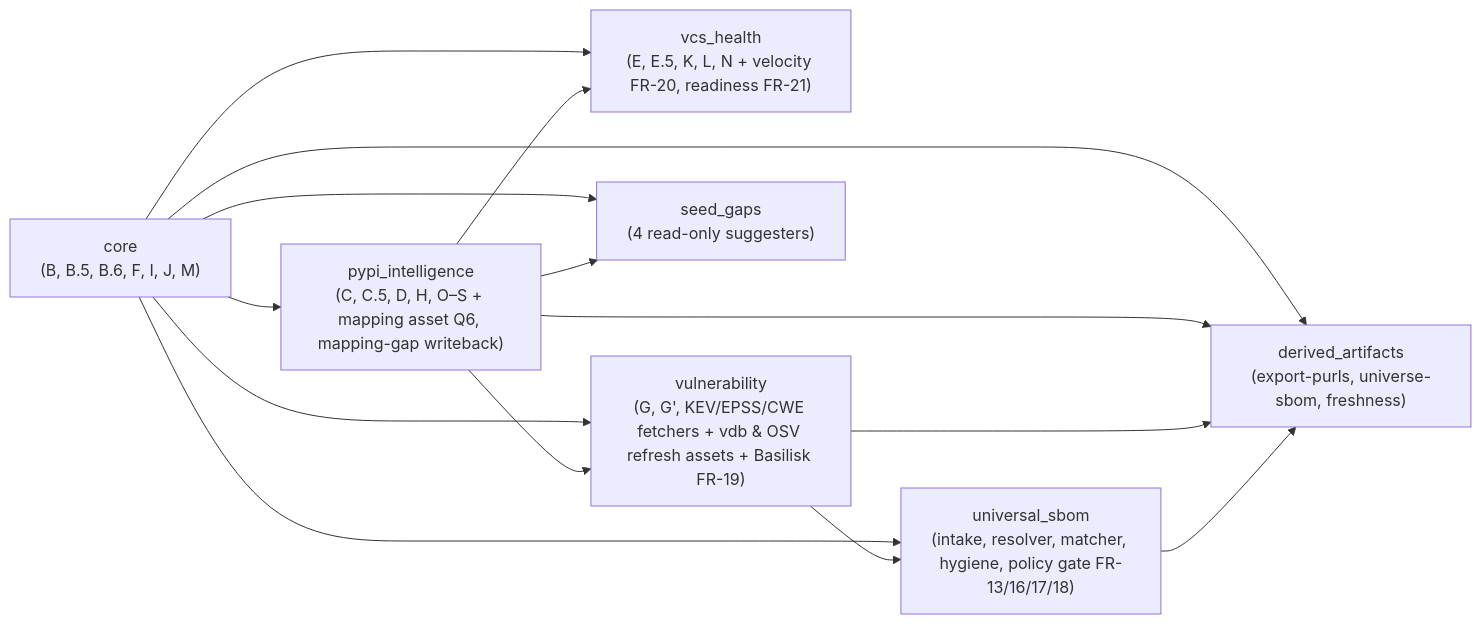
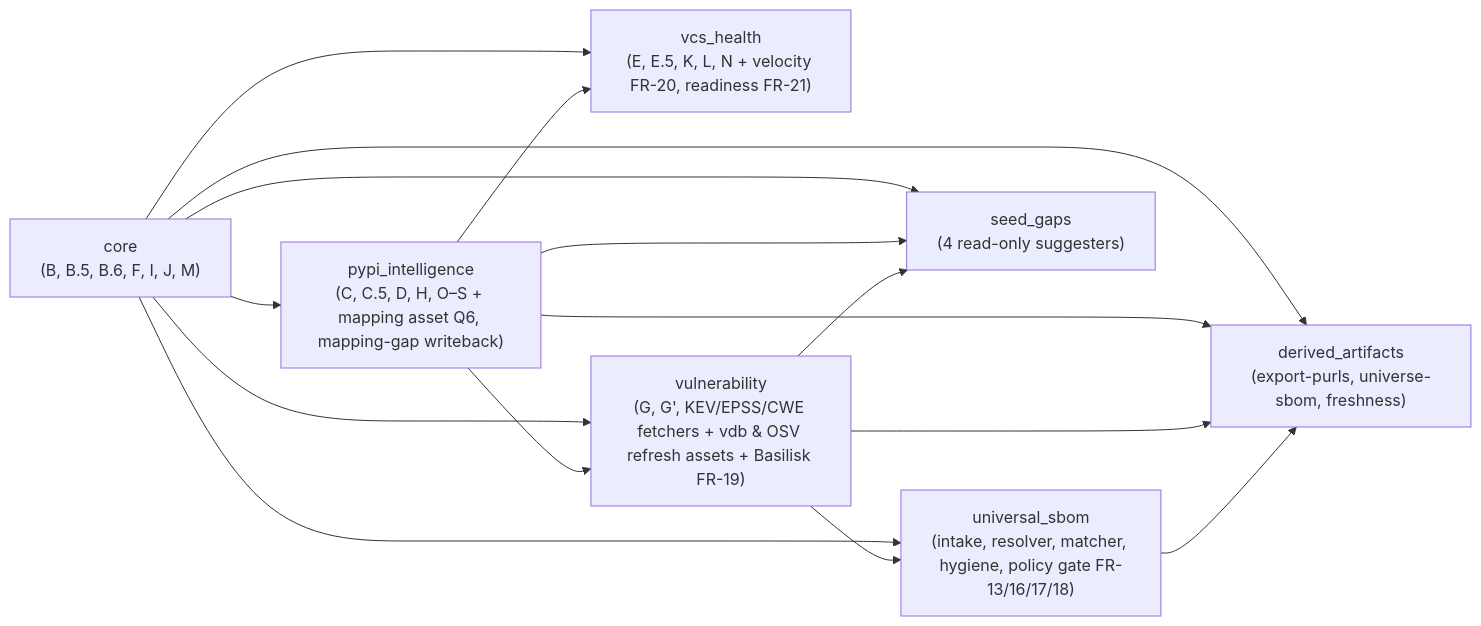
One commit to rxm7706/local-recipes changed the second of 2 diagrams in _bmad-output/projects/conda-forge-atlas-datapipeline/planning-artifacts/architecture/architecture-conda-forge-atlas-datapipeline-2026-07-17/ARCHITECTURE-SPINE.md. Above: the diagram before and after it, drawn with Mermaid. The commit also changed other lines of this file and 5 other files, not shown here.

First line of the commit message:
bmad(conda-forge-atlas-datapipeline): Stage 2 final — architecture spine (AD-1..AD-23), 4-reviewer gate passed

````diff
--- a/_bmad-output/projects/conda-forge-atlas-datapipeline/planning-artifacts/architecture/architecture-conda-forge-atlas-datapipeline-2026-07-17/ARCHITECTURE-SPINE.md
+++ b/_bmad-output/projects/conda-forge-atlas-datapipeline/planning-artifacts/architecture/architecture-conda-forge-atlas-datapipeline-2026-07-17/ARCHITECTURE-SPINE.md
@@ -259,16 +270,17 @@
 ```mermaid
 graph LR
   CORE["core<br/>(B, B.5, B.6, F, I, J, M)"] --> VCS["vcs_health<br/>(E, E.5, K, L, N + velocity FR-20, readiness FR-21)"]
   CORE --> PYPI["pypi_intelligence<br/>(C, C.5, D, H, O–S + mapping asset Q6, mapping-gap writeback)"]
   PYPI --> VCS
   CORE --> VULN["vulnerability<br/>(G, G', KEV/EPSS/CWE fetchers + vdb & OSV refresh assets + Basilisk FR-19)"]
   PYPI --> VULN
   CORE --> SBOM["universal_sbom<br/>(intake, resolver, matcher, hygiene, policy gate FR-13/16/17/18)"]
   VULN --> SBOM
   CORE --> SEED["seed_gaps<br/>(4 read-only suggesters)"]
   PYPI --> SEED
+  VULN --> SEED
   CORE --> DER["derived_artifacts<br/>(export-purls, universe-sbom, freshness)"]
   PYPI --> DER
   VULN --> DER
   SBOM --> DER
 ```
````
